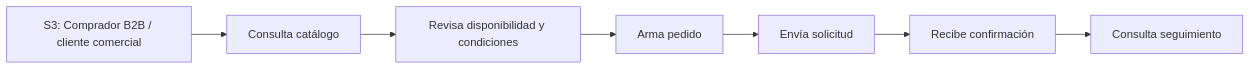
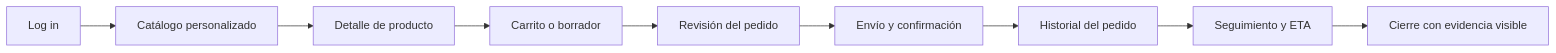
The third of 6 diagrams in report/40-chapter-4-product-design/4-4-web-applications-ux-ui-design.md (upc-pre-202610-1asi0730-12242-king/nexa-ecosystem-report), drawn with Mermaid before and after one commit. The commit also changed other lines of this file and 46 other files, not shown here.

````diff
--- a/report/40-chapter-4-product-design/4-4-web-applications-ux-ui-design.md
+++ b/report/40-chapter-4-product-design/4-4-web-applications-ux-ui-design.md
@@ -280,9 +154,11 @@
 ```mermaid
 flowchart LR
-    A["S3: Comprador B2B / cliente comercial"] --> B["Consulta catálogo"]
-    B --> C["Revisa disponibilidad y condiciones"]
-    C --> D["Arma pedido"]
-    D --> E["Envía solicitud"]
-    E --> F["Recibe confirmación"]
-    F --> G["Consulta seguimiento"]
+    A["Log in"] --> B["Catálogo personalizado"]
+    B --> C["Detalle de producto"]
+    C --> D["Carrito o borrador"]
+    D --> E["Revisión del pedido"]
+    E --> F["Envío y confirmación"]
+    F --> G["Historial del pedido"]
+    G --> H["Seguimiento y ETA"]
+    H --> I["Cierre con evidencia visible"]
 ```
````
